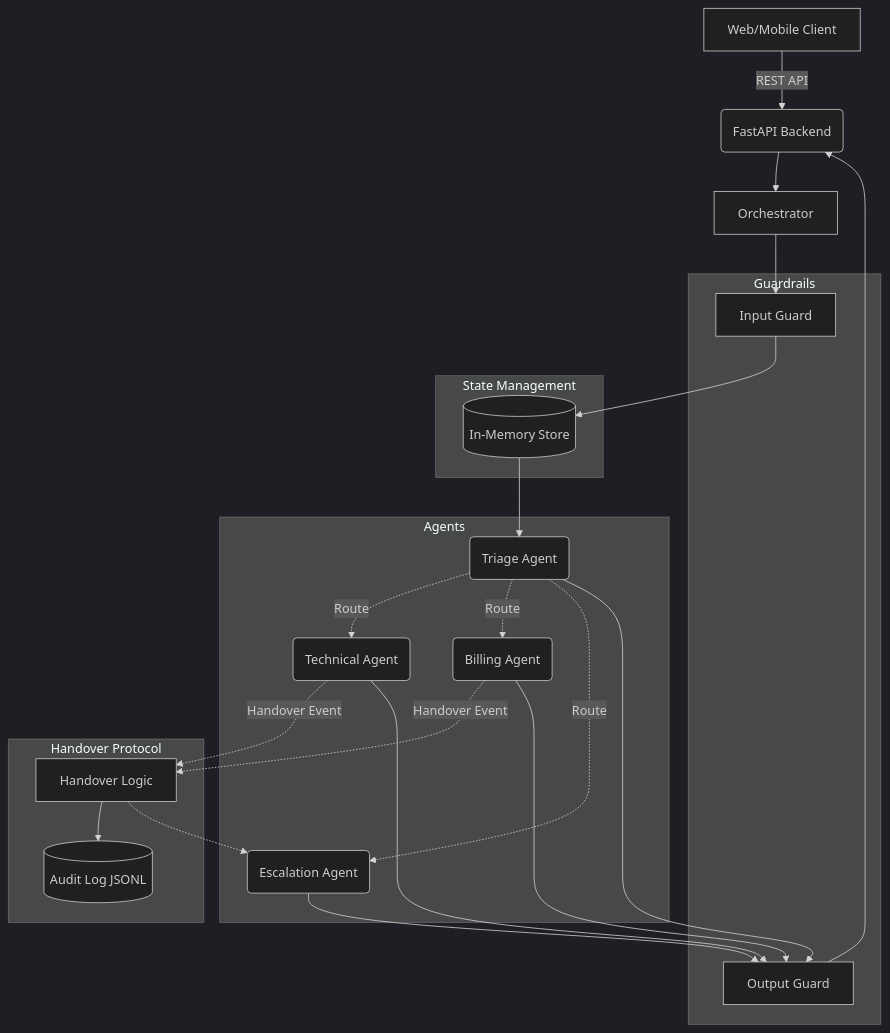
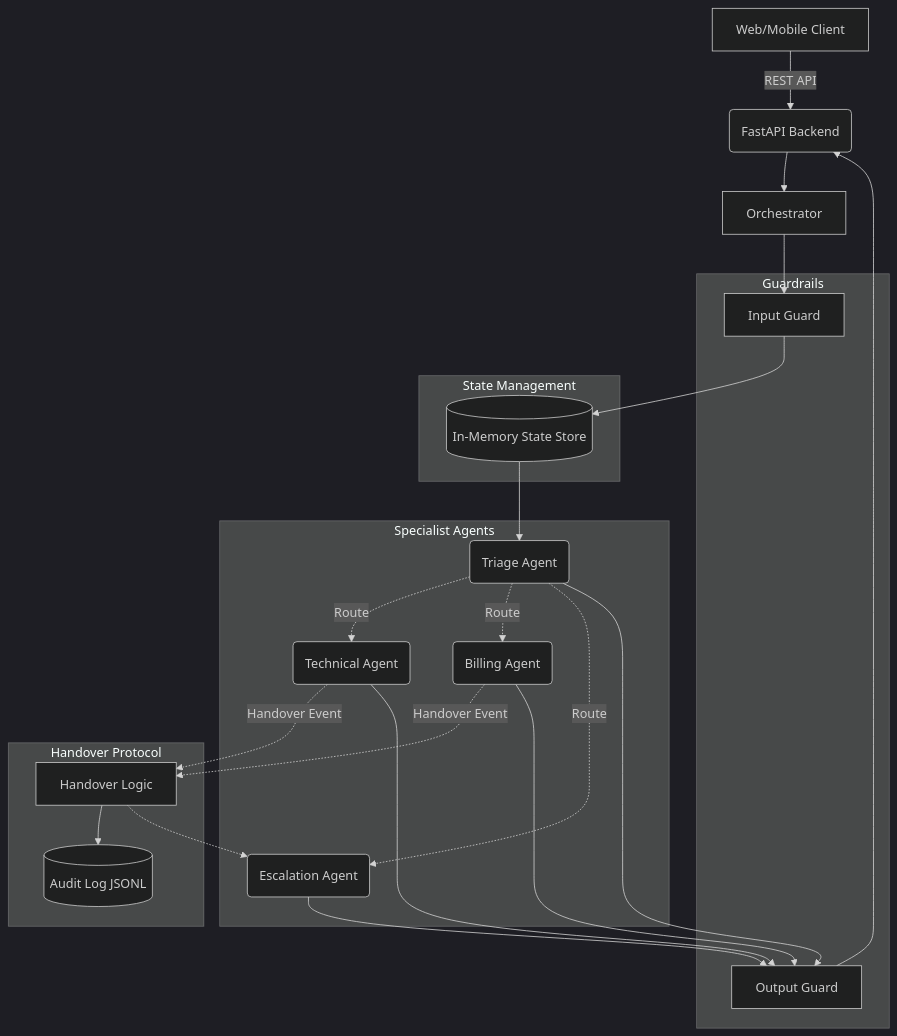
The first of 3 diagrams in ARCHITECTURE.md (SoumyadeepXD/CloudDash-_Support_vikara_Soumyadeep), drawn with Mermaid (dark theme) before and after one commit. The commit also changed other lines of this file and 1 other file, not shown here.

````diff
--- a/ARCHITECTURE.md
+++ b/ARCHITECTURE.md
@@ -5,47 +11,47 @@
 ```mermaid
 flowchart TD
     Client[Web/Mobile Client] -->|REST API| API(FastAPI Backend)
     API --> ORCH[Orchestrator]
     
-    subgraph Guardrails
+    subgraph Security_Layer [Guardrails]
         IN[Input Guard]
         OUT[Output Guard]
     end
     
-    subgraph State Management
-        STORE[(In-Memory Store)]
+    subgraph Persistence [State Management]
+        STORE[(In-Memory State Store)]
     end
     
-    subgraph Agents
+    subgraph Agent_Intelligence [Specialist Agents]
         TRIAGE(Triage Agent)
         TECH(Technical Agent)
         BILL(Billing Agent)
         ESC(Escalation Agent)
     end
     
-    subgraph Handover Protocol
+    subgraph Governance [Handover Protocol]
         HANDOVER[Handover Logic]
         AUDIT[(Audit Log JSONL)]
     end
     
     ORCH --> IN
     IN --> STORE
     STORE --> TRIAGE
     
     TRIAGE -.->|Route| TECH
     TRIAGE -.->|Route| BILL
     TRIAGE -.->|Route| ESC
     
     TECH -.->|Handover Event| HANDOVER
     BILL -.->|Handover Event| HANDOVER
     
     HANDOVER --> AUDIT
     HANDOVER -.-> ESC
     
     TECH --> OUT
     BILL --> OUT
     TRIAGE --> OUT
     ESC --> OUT
     
     OUT --> API
 ```
````
